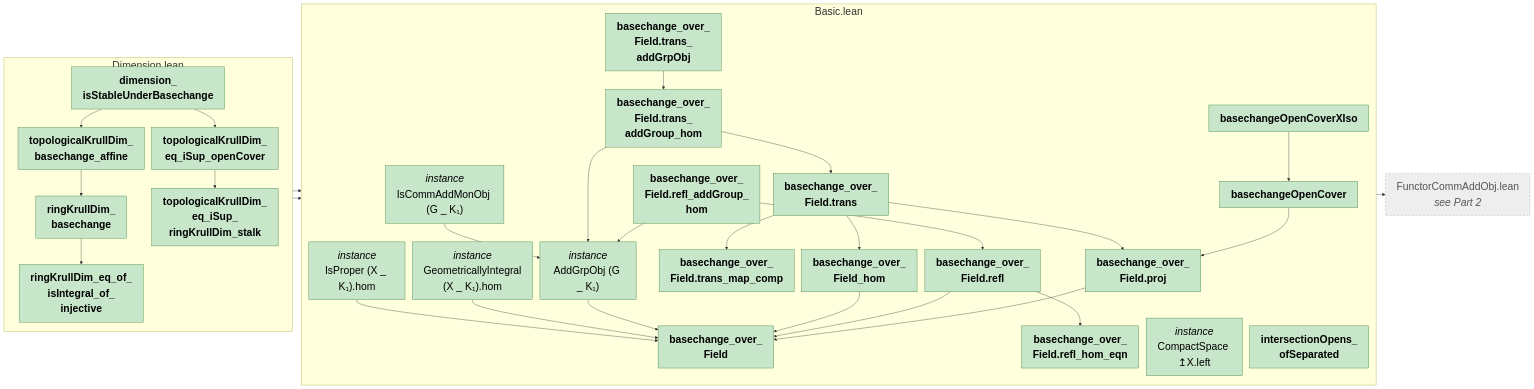
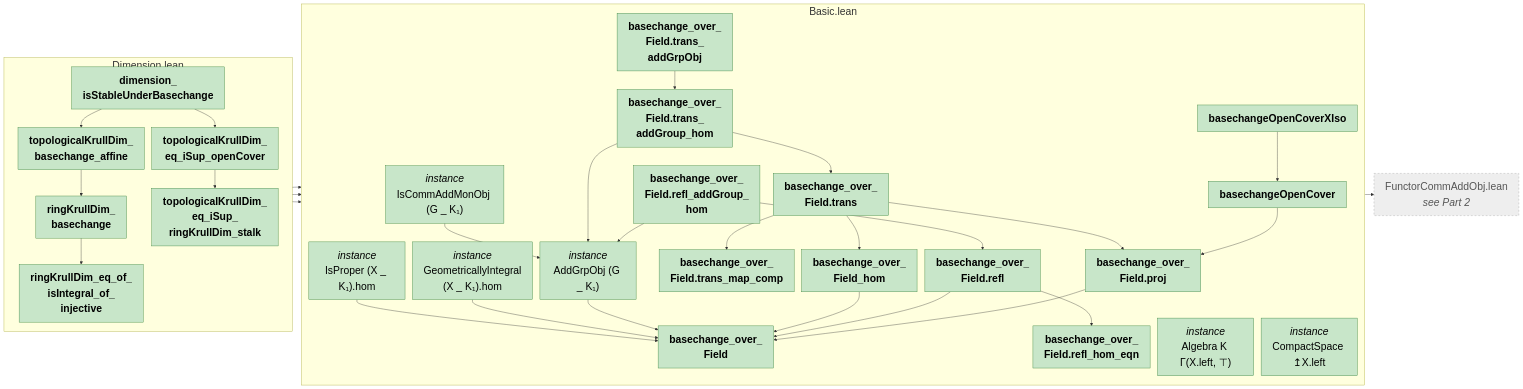
One commit to abhijitaj1997/CMAbelianVarieties changed the third of 5 diagrams in CMAbelianVarieties/MindMapStep2.md. Above: the diagram before and after it, drawn with Mermaid. The commit also changed other lines of this file and 5 other files, not shown here.

````diff
--- a/CMAbelianVarieties/MindMapStep2.md
+++ b/CMAbelianVarieties/MindMapStep2.md
@@ -242,69 +242,70 @@
 ```mermaid
 %%{init: {"flowchart": {"useMaxWidth": false, "rankSpacing": 25, "nodeSpacing": 20}, "themeVariables": {"fontSize": "28px"}}}%%
 graph LR
   subgraph m_CMAbelianVarieties_AlgebraicGeometry_Basic["Basic.lean"]
     direction TB
     n_basechangeOpenCover["<b>basechangeOpenCover</b>"]
     n_basechangeOpenCoverXIso["<b>basechangeOpenCoverXIso</b>"]
     n_basechange_over_Field["<b>basechange_over_<br/>Field</b>"]
     n_basechange_over_Field_proj["<b>basechange_over_<br/>Field.proj</b>"]
     n_basechange_over_Field_refl["<b>basechange_over_<br/>Field.refl</b>"]
     n_basechange_over_Field_refl_addGroup_hom["<b>basechange_over_<br/>Field.refl_addGroup_<br/>hom</b>"]
     n_basechange_over_Field_refl_hom_eqn["<b>basechange_over_<br/>Field.refl_hom_eqn</b>"]
     n_basechange_over_Field_trans["<b>basechange_over_<br/>Field.trans</b>"]
     n_basechange_over_Field_trans_addGroup_hom["<b>basechange_over_<br/>Field.trans_<br/>addGroup_hom</b>"]
     n_basechange_over_Field_trans_addGrpObj["<b>basechange_over_<br/>Field.trans_<br/>addGrpObj</b>"]
     n_basechange_over_Field_trans_map_comp["<b>basechange_over_<br/>Field.trans_map_comp</b>"]
     n_basechange_over_Field_hom["<b>basechange_over_<br/>Field_hom</b>"]
     n_instAddGrpObjOverSchemeSpecOfBasechange_over_Field["<i>instance</i><br/>AddGrpObj (G _ K₁)"]
+    n_instAlgebraCarrierObjOppositeOpensCarrierCarrierCommRingCatLeftSchemePresheafOpOpensTop_cMAbelianVarieties["<i>instance</i><br/>Algebra K Γ(X.left, ⊤)"]
     n_instCompactSpaceCarrierCarrierCommRingCatLeftSchemeOfIsProperHom_cMAbelianVarieties["<i>instance</i><br/>CompactSpace ↥X.left"]
     n_instGeometricallyIntegralHomSchemeBasechange_over_Field["<i>instance</i><br/>GeometricallyIntegral<br/>(X _ K₁).hom"]
     n_instIsCommAddMonObjOverSchemeSpecOfBasechange_over_Field["<i>instance</i><br/>IsCommAddMonObj (G _ K₁)"]
     n_instIsProperHomSchemeBasechange_over_Field["<i>instance</i><br/>IsProper (X _ K₁).hom"]
-    n_intersectionOpens_ofSeparated["<b>intersectionOpens_<br/>ofSeparated</b>"]
   end
   subgraph m_CMAbelianVarieties_AlgebraicGeometry_Dimension["Dimension.lean"]
     direction TB
     n_dimension_isStableUnderBasechange["<b>dimension_<br/>isStableUnderBasechange</b>"]
     n_ringKrullDim_basechange["<b>ringKrullDim_<br/>basechange</b>"]
     n_ringKrullDim_eq_of_isIntegral_of_injective["<b>ringKrullDim_eq_of_<br/>isIntegral_of_<br/>injective</b>"]
     n_topologicalKrullDim_basechange_affine["<b>topologicalKrullDim_<br/>basechange_affine</b>"]
     n_topologicalKrullDim_eq_iSup_openCover["<b>topologicalKrullDim_<br/>eq_iSup_openCover</b>"]
     n_topologicalKrullDim_eq_iSup_ringKrullDim_stalk["<b>topologicalKrullDim_<br/>eq_iSup_<br/>ringKrullDim_stalk</b>"]
   end
   x_CMAbelianVarieties_ForMathlib_FunctorCommAddObj["FunctorCommAddObj.lean<br/><i>see Part 2</i>"]
 
   n_basechangeOpenCover --> n_basechange_over_Field_proj
   n_basechangeOpenCoverXIso --> n_basechangeOpenCover
   n_basechange_over_Field_proj --> n_basechange_over_Field
   n_basechange_over_Field_refl --> n_basechange_over_Field
   n_basechange_over_Field_refl --> n_basechange_over_Field_refl_hom_eqn
   n_basechange_over_Field_refl_addGroup_hom --> n_basechange_over_Field_refl
   n_basechange_over_Field_refl_addGroup_hom --> n_instAddGrpObjOverSchemeSpecOfBasechange_over_Field
   n_basechange_over_Field_trans --> n_basechange_over_Field_proj
   n_basechange_over_Field_trans --> n_basechange_over_Field_trans_map_comp
   n_basechange_over_Field_trans --> n_basechange_over_Field_hom
   n_basechange_over_Field_trans_addGroup_hom --> n_basechange_over_Field_trans
   n_basechange_over_Field_trans_addGroup_hom --> n_instAddGrpObjOverSchemeSpecOfBasechange_over_Field
   n_basechange_over_Field_trans_addGrpObj --> n_basechange_over_Field_trans_addGroup_hom
   n_basechange_over_Field_hom --> n_basechange_over_Field
   n_dimension_isStableUnderBasechange --> n_basechangeOpenCoverXIso
   n_dimension_isStableUnderBasechange --> n_topologicalKrullDim_basechange_affine
   n_dimension_isStableUnderBasechange --> n_topologicalKrullDim_eq_iSup_openCover
   n_instAddGrpObjOverSchemeSpecOfBasechange_over_Field --> n_basechange_over_Field
   n_instGeometricallyIntegralHomSchemeBasechange_over_Field --> n_basechange_over_Field
   n_instIsCommAddMonObjOverSchemeSpecOfBasechange_over_Field --> n_instAddGrpObjOverSchemeSpecOfBasechange_over_Field
   n_instIsCommAddMonObjOverSchemeSpecOfBasechange_over_Field --> x_CMAbelianVarieties_ForMathlib_FunctorCommAddObj
   n_instIsProperHomSchemeBasechange_over_Field --> n_basechange_over_Field
   n_ringKrullDim_basechange --> n_ringKrullDim_eq_of_isIntegral_of_injective
   n_topologicalKrullDim_basechange_affine --> n_basechange_over_Field
+  n_topologicalKrullDim_basechange_affine --> n_instAlgebraCarrierObjOppositeOpensCarrierCarrierCommRingCatLeftSchemePresheafOpOpensTop_cMAbelianVarieties
   n_topologicalKrullDim_basechange_affine --> n_ringKrullDim_basechange
   n_topologicalKrullDim_eq_iSup_openCover --> n_topologicalKrullDim_eq_iSup_ringKrullDim_stalk
 
   classDef ok fill:#c8e6c9,stroke:#2e7d32,color:#000
   classDef bad fill:#ffcdd2,stroke:#c62828,color:#000
   classDef main fill:#ffd54f,stroke:#b8860b,stroke-width:3px,color:#000
   classDef ext fill:#eeeeee,stroke:#9e9e9e,stroke-dasharray:5 5,color:#555
-  class n_basechangeOpenCover,n_basechangeOpenCoverXIso,n_basechange_over_Field,n_basechange_over_Field_proj,n_basechange_over_Field_refl,n_basechange_over_Field_refl_addGroup_hom,n_basechange_over_Field_refl_hom_eqn,n_basechange_over_Field_trans,n_basechange_over_Field_trans_addGroup_hom,n_basechange_over_Field_trans_addGrpObj,n_basechange_over_Field_trans_map_comp,n_basechange_over_Field_hom,n_dimension_isStableUnderBasechange,n_instAddGrpObjOverSchemeSpecOfBasechange_over_Field,n_instCompactSpaceCarrierCarrierCommRingCatLeftSchemeOfIsProperHom_cMAbelianVarieties,n_instGeometricallyIntegralHomSchemeBasechange_over_Field,n_instIsCommAddMonObjOverSchemeSpecOfBasechange_over_Field,n_instIsProperHomSchemeBasechange_over_Field,n_intersectionOpens_ofSeparated,n_ringKrullDim_basechange,n_ringKrullDim_eq_of_isIntegral_of_injective,n_topologicalKrullDim_basechange_affine,n_topologicalKrullDim_eq_iSup_openCover,n_topologicalKrullDim_eq_iSup_ringKrullDim_stalk ok
+  class n_basechangeOpenCover,n_basechangeOpenCoverXIso,n_basechange_over_Field,n_basechange_over_Field_proj,n_basechange_over_Field_refl,n_basechange_over_Field_refl_addGroup_hom,n_basechange_over_Field_refl_hom_eqn,n_basechange_over_Field_trans,n_basechange_over_Field_trans_addGroup_hom,n_basechange_over_Field_trans_addGrpObj,n_basechange_over_Field_trans_map_comp,n_basechange_over_Field_hom,n_dimension_isStableUnderBasechange,n_instAddGrpObjOverSchemeSpecOfBasechange_over_Field,n_instCompactSpaceCarrierCarrierCommRingCatLeftSchemeOfIsProperHom_cMAbelianVarieties,n_instGeometricallyIntegralHomSchemeBasechange_over_Field,n_instIsCommAddMonObjOverSchemeSpecOfBasechange_over_Field,n_instIsProperHomSchemeBasechange_over_Field,n_instAlgebraCarrierObjOppositeOpensCarrierCarrierCommRingCatLeftSchemePresheafOpOpensTop_cMAbelianVarieties,n_ringKrullDim_basechange,n_ringKrullDim_eq_of_isIntegral_of_injective,n_topologicalKrullDim_basechange_affine,n_topologicalKrullDim_eq_iSup_openCover,n_topologicalKrullDim_eq_iSup_ringKrullDim_stalk ok
   class x_CMAbelianVarieties_ForMathlib_FunctorCommAddObj ext
 ```
````
